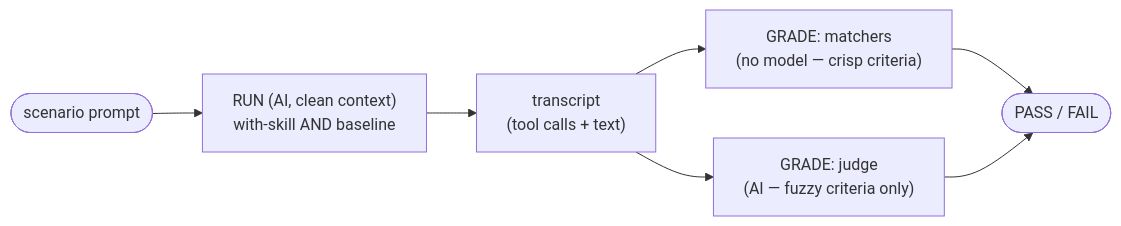
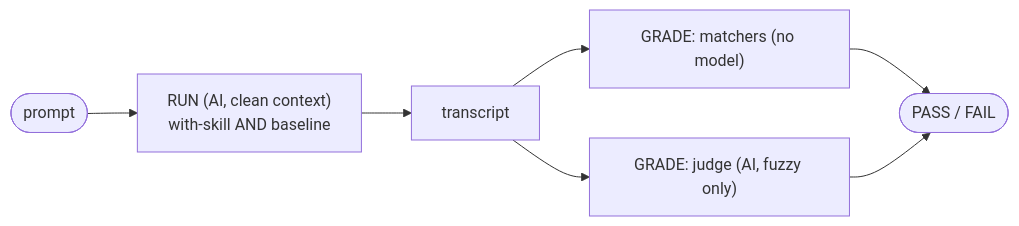
One commit to souliane/teatree changed the diagram in docs/testing-skill-evals.md. Above: the diagram before and after it, drawn with Mermaid. The commit also changed other lines of this file and 3 other files, not shown here.

````diff
--- a/docs/testing-skill-evals.md
+++ b/docs/testing-skill-evals.md
@@ -55,9 +47,9 @@
 ```mermaid
 flowchart LR
-    P([scenario prompt]) --> RUN["RUN (AI, clean context)<br/>with-skill AND baseline"]
-    RUN --> T["transcript<br/>(tool calls + text)"]
-    T --> M["GRADE: matchers<br/>(no model — crisp criteria)"]
-    T --> J["GRADE: judge<br/>(AI — fuzzy criteria only)"]
+    P([prompt]) --> RUN["RUN (AI, clean context)<br/>with-skill AND baseline"]
+    RUN --> T["transcript"]
+    T --> M["GRADE: matchers (no model)"]
+    T --> J["GRADE: judge (AI, fuzzy only)"]
     M --> V([PASS / FAIL])
     J --> V
 ```
````
